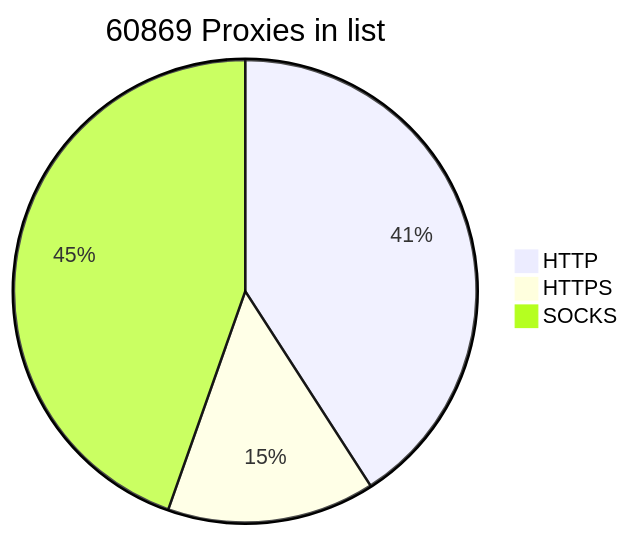
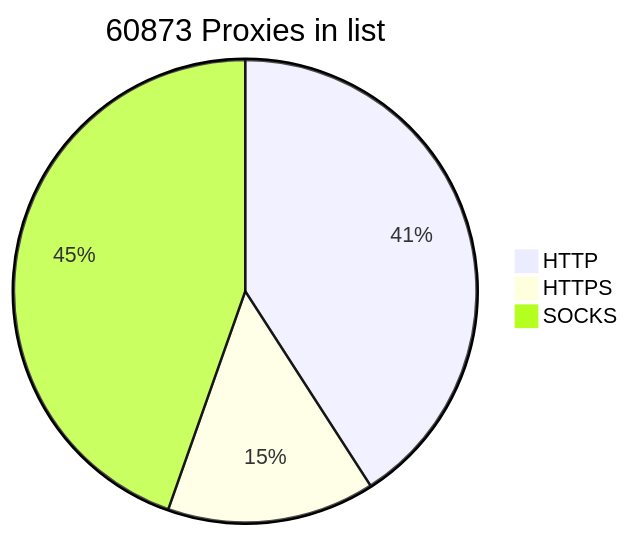
Before and after one commit to BlackSnowDot/proxylist-update-every-minute: the diagram in README.md, drawn with Mermaid.

````diff
--- a/README.md
+++ b/README.md
@@ -2,6 +2,6 @@
 ```mermaid
-pie title 60869 Proxies in list
-    "HTTP" : 28193
-    "HTTPS": 10003
+pie title 60873 Proxies in list
+    "HTTP" : 28196
+    "HTTPS": 10006
     "SOCKS" : 30750
 ```
````
